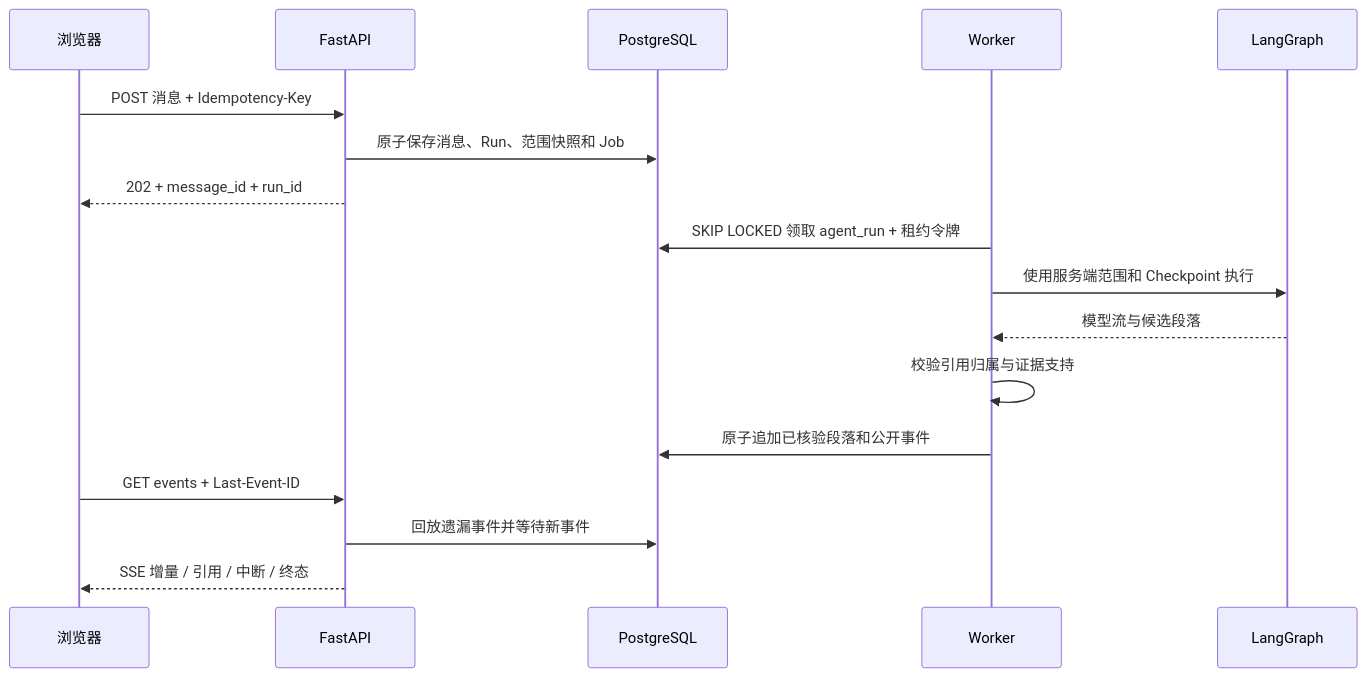
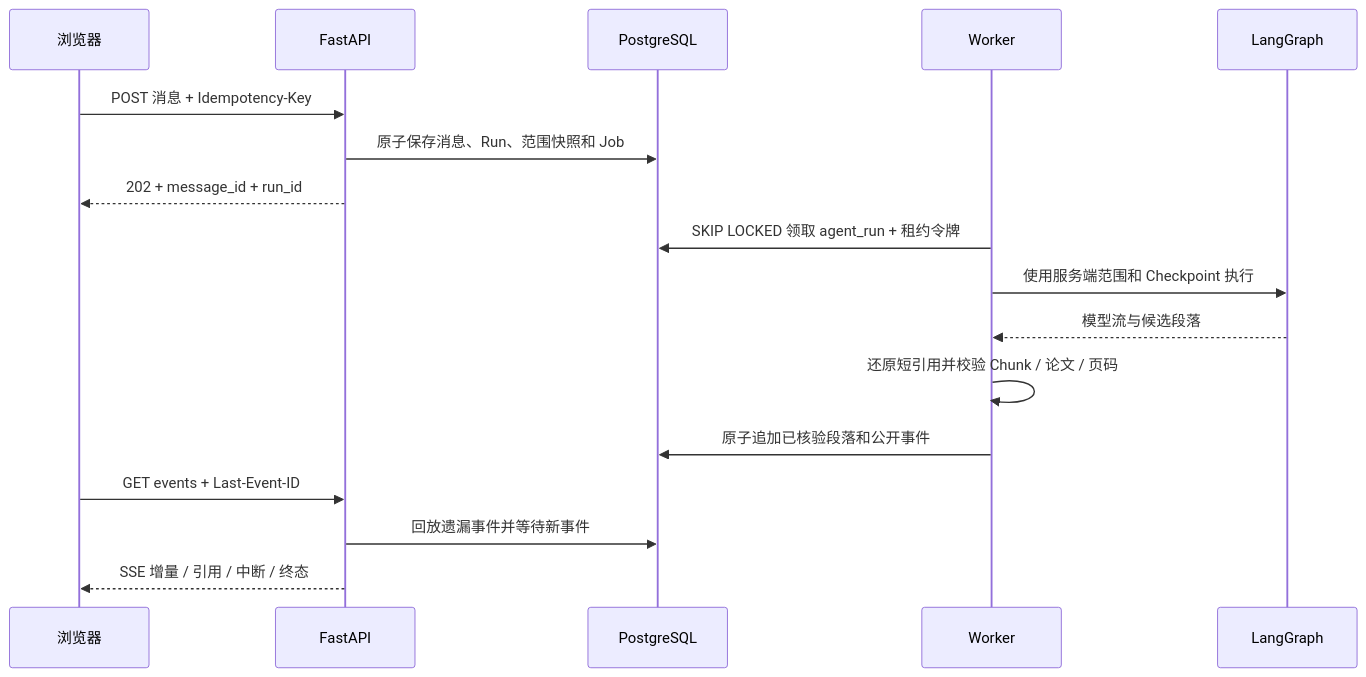
One commit to FrostWane/PaperLeaf changed the fourth of 4 diagrams in docs/architecture.md. Above: the diagram before and after it, drawn with Mermaid. The commit also changed other lines of this file and 20 other files, not shown here.

````diff
--- a/docs/architecture.md
+++ b/docs/architecture.md
@@ -148,20 +148,20 @@
 ```mermaid
 sequenceDiagram
     participant U as 浏览器
     participant A as FastAPI
     participant D as PostgreSQL
     participant W as Worker
     participant G as LangGraph
 
     U->>A: POST 消息 + Idempotency-Key
     A->>D: 原子保存消息、Run、范围快照和 Job
     A-->>U: 202 + message_id + run_id
     W->>D: SKIP LOCKED 领取 agent_run + 租约令牌
     W->>G: 使用服务端范围和 Checkpoint 执行
     G-->>W: 模型流与候选段落
-    W->>W: 校验引用归属与证据支持
+    W->>W: 还原短引用并校验 Chunk / 论文 / 页码
     W->>D: 原子追加已核验段落和公开事件
     U->>A: GET events + Last-Event-ID
     A->>D: 回放遗漏事件并等待新事件
     A-->>U: SSE 增量 / 引用 / 中断 / 终态
 ```
````
